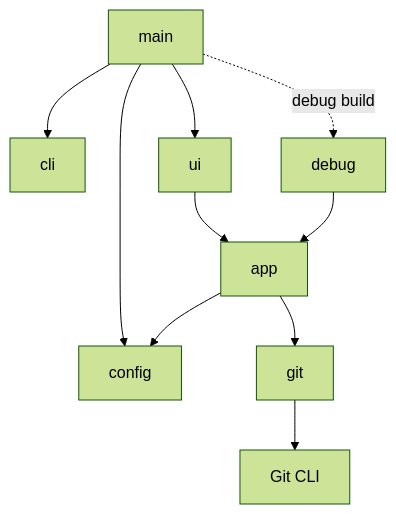
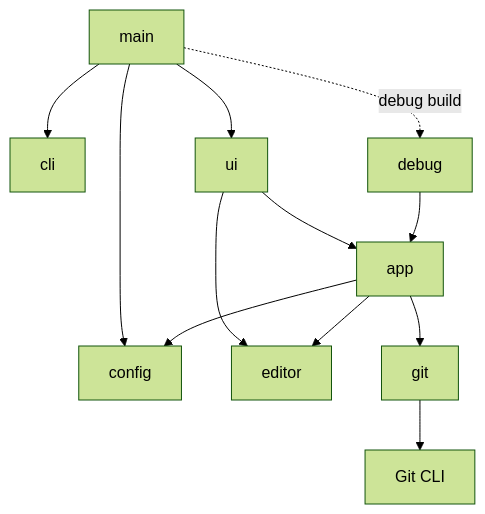
One commit to Andrcraft9/gitlsd changed the diagram in ARCHITECTURE.md. Above: the diagram before and after it, drawn with Mermaid (forest theme). The commit also changed other lines of this file and 12 other files, not shown here.

````diff
--- a/ARCHITECTURE.md
+++ b/ARCHITECTURE.md
@@ -14,12 +14,14 @@
 ```mermaid
 flowchart TD
     Main[main] --> CLI[cli]
     Main --> Config[config]
     Main --> UI[ui]
     Main -. debug build .-> Debug[debug]
     UI --> App[app]
+    UI --> Editor[editor]
     Debug --> App
     App --> Config
+    App --> Editor
     App --> Git[git]
     Git --> GitCLI[Git CLI]
 ```
````
